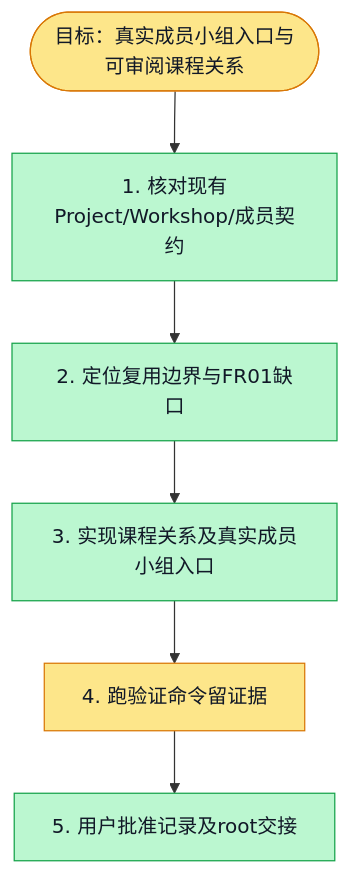
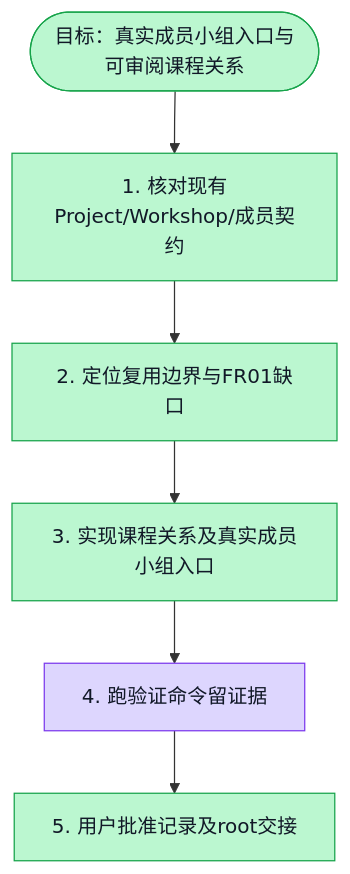
One commit to boardx/workspacex changed the diagram in docs/evidence/aidt-native/fr01-course-entry/execution.plan.md. Above: the diagram before and after it, drawn with Mermaid. The commit also changed other lines of this file and 93 other files, not shown here.

Commit message:
docs(aidt): record V2 native acceptance and human test handbook

````diff
--- a/docs/evidence/aidt-native/fr01-course-entry/execution.plan.md
+++ b/docs/evidence/aidt-native/fr01-course-entry/execution.plan.md
@@ -17,24 +17,25 @@
 ```mermaid
 flowchart TD
   G([目标：真实成员小组入口与可审阅课程关系])
   S1[1. 核对现有Project/Workshop/成员契约]
   S2[2. 定位复用边界与FR01缺口]
   S3[3. 实现课程关系及真实成员小组入口]
   S4[4. 跑验证命令留证据]
   S5[5. 用户批准记录及root交接]
 
   G --> S1 --> S2 --> S3 --> S4 --> S5
 
   classDef todo fill:#e5e7eb,stroke:#6b7280,color:#111827
   classDef doing fill:#fde68a,stroke:#d97706,color:#111827
   classDef done fill:#bbf7d0,stroke:#16a34a,color:#111827
   classDef tested fill:#ddd6fe,stroke:#7c3aed,color:#111827
   classDef blocked fill:#fecaca,stroke:#dc2626,color:#111827
 
-  class G doing
+  class G done
   class S1 done
   class S2 done
   class S3 done
-  class S4 doing
+  class S4 tested
+  %% evidence S4: docs/evidence/aidt-native/fr01-course-entry/course-final-index.json
   class S5 done
 ```
````
